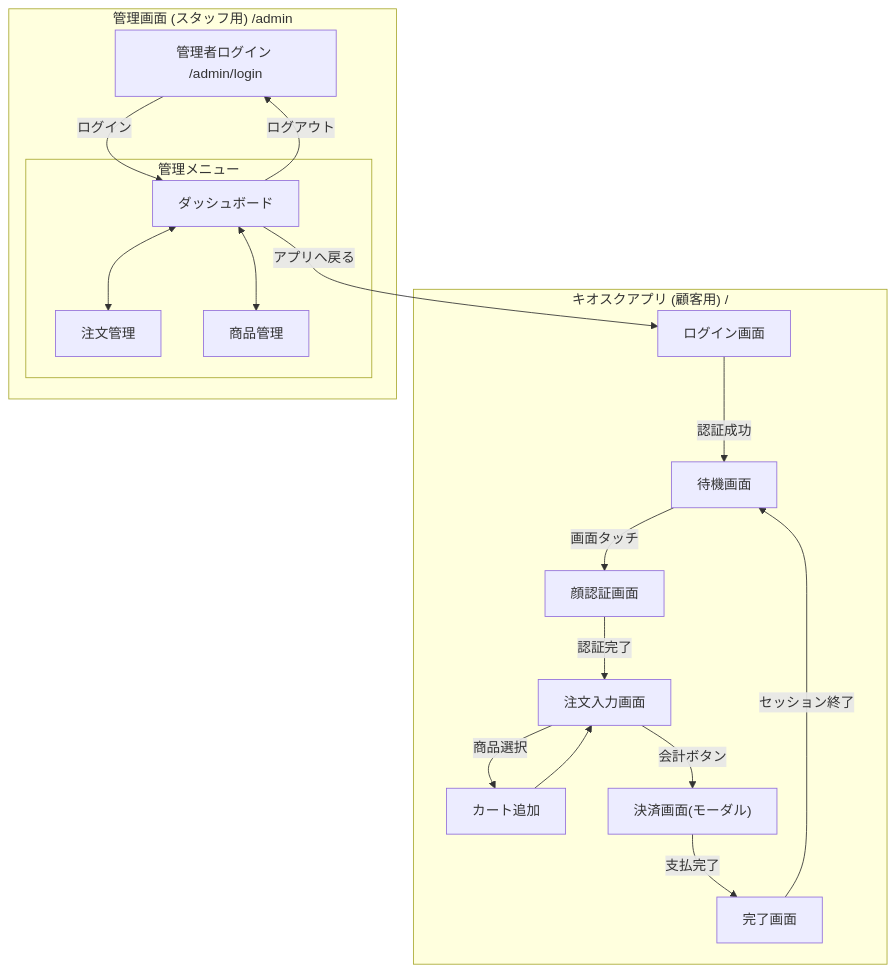
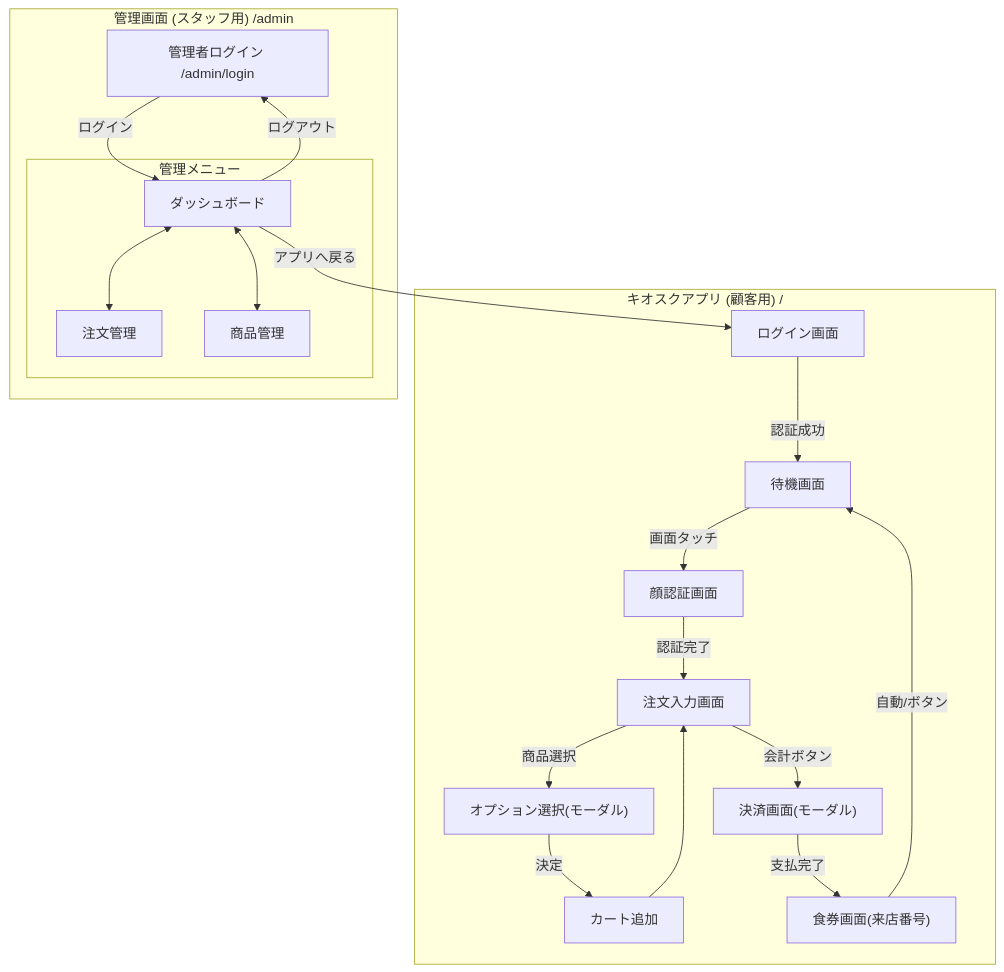
The diagram in docs/screen_transition.md (nununuma-sabu/food-ticket-system-ver2), drawn with Mermaid before and after one commit.

Commit message:
画面遷移図修正

````diff
--- a/docs/screen_transition.md
+++ b/docs/screen_transition.md
@@ -3,30 +3,32 @@
 ```mermaid
 graph TD
     %% キオスクアプリ (顧客・店舗端末)
     subgraph Kiosk["キオスクアプリ (顧客用) /"]
         K_Login["ログイン画面"] -->|認証成功| K_Standby["待機画面"]
         K_Standby -->|画面タッチ| K_FaceAuth["顔認証画面"]
         K_FaceAuth -->|認証完了| K_Ordering["注文入力画面"]
         
         %% 注文フロー
-        K_Ordering -->|商品選択| K_Cart["カート追加"]
+        %% 注文フロー
+        K_Ordering -->|商品選択| K_Option["オプション選択(モーダル)"]
+        K_Option -->|決定| K_Cart["カート追加"]
         K_Cart --> K_Ordering
         K_Ordering -->|会計ボタン| K_Payment["決済画面(モーダル)"]
-        K_Payment -->|支払完了| K_ThankYou["完了画面"]
-        K_ThankYou -->|セッション終了| K_Standby
+        K_Payment -->|支払完了| K_Ticket["食券画面(来店番号)"]
+        K_Ticket -->|自動/ボタン| K_Standby
     end
 
     %% 管理画面 (スタッフ用)
     subgraph Admin["管理画面 (スタッフ用) /admin"]
         A_Login["管理者ログイン /admin/login"] -->|ログイン| A_Dashboard["ダッシュボード"]
         
         %% サイドバーナビゲーション
         subgraph AdminNav["管理メニュー"]
             A_Dashboard <--> A_Orders["注文管理"]
             A_Dashboard <--> A_Items["商品管理"]
         end
         
         A_Dashboard -->|ログアウト| A_Login
         A_Dashboard -->|アプリへ戻る| K_Login
     end
 ```
````
